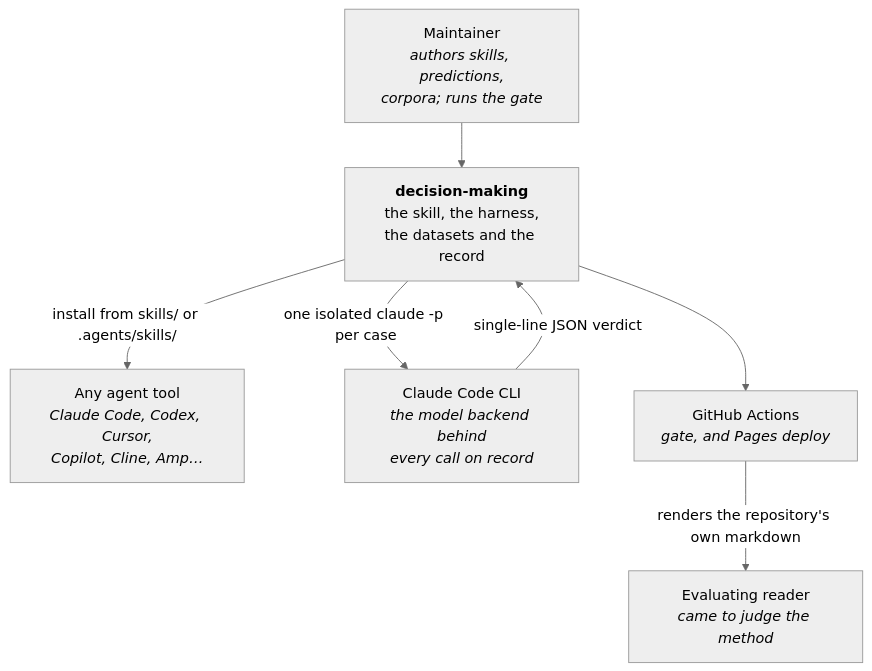
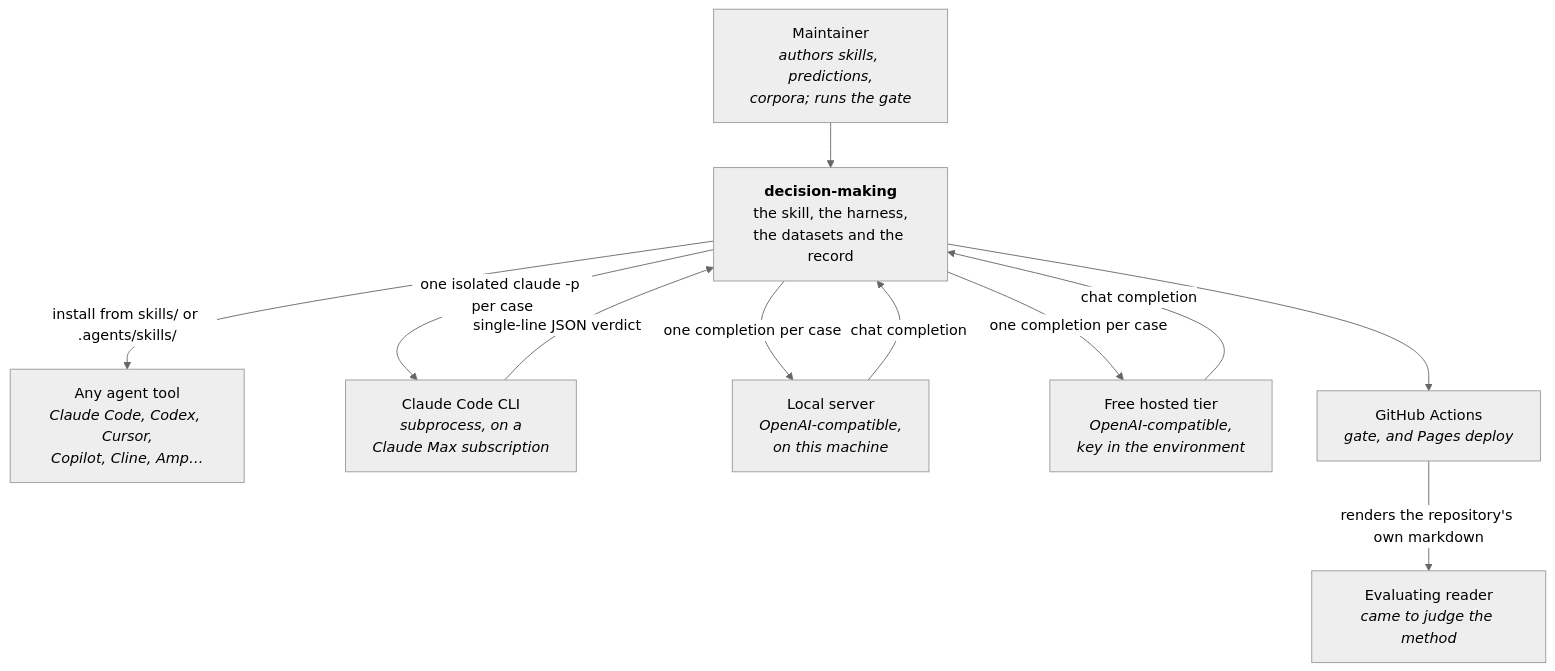
Before and after one commit to AngelCampa1/decision-making-skills: the first of 6 diagrams in docs/ARCHITECTURE.md, drawn with Mermaid (neutral theme). The commit also changed other lines of this file and 26 other files, not shown here.

````diff
--- a/docs/ARCHITECTURE.md
+++ b/docs/ARCHITECTURE.md
@@ -18,18 +18,24 @@
 ```mermaid
 flowchart TB
     maintainer["Maintainer<br/><i>authors skills, predictions,<br/>corpora; runs the gate</i>"]
     installer["Any agent tool<br/><i>Claude Code, Codex, Cursor,<br/>Copilot, Cline, Amp…</i>"]
     reader["Evaluating reader<br/><i>came to judge the method</i>"]
 
     repo["<b>decision-making</b><br/>the skill, the harness,<br/>the datasets and the record"]
 
-    cli["Claude Code CLI<br/><i>the model backend behind<br/>every call on record</i>"]
+    cli["Claude Code CLI<br/><i>subprocess, on a<br/>Claude Max subscription</i>"]
+    local["Local server<br/><i>OpenAI-compatible,<br/>on this machine</i>"]
+    free["Free hosted tier<br/><i>OpenAI-compatible,<br/>key in the environment</i>"]
     ci["GitHub Actions<br/><i>gate, and Pages deploy</i>"]
 
     maintainer --> repo
     repo -- "install from skills/ or .agents/skills/" --> installer
     repo -- "one isolated claude -p per case" --> cli
+    repo -- "one completion per case" --> local
+    repo -- "one completion per case" --> free
     cli -- "single-line JSON verdict" --> repo
+    local -- "chat completion" --> repo
+    free -- "chat completion" --> repo
     repo --> ci
     ci -- "renders the repository's own markdown" --> reader
 ```
````
